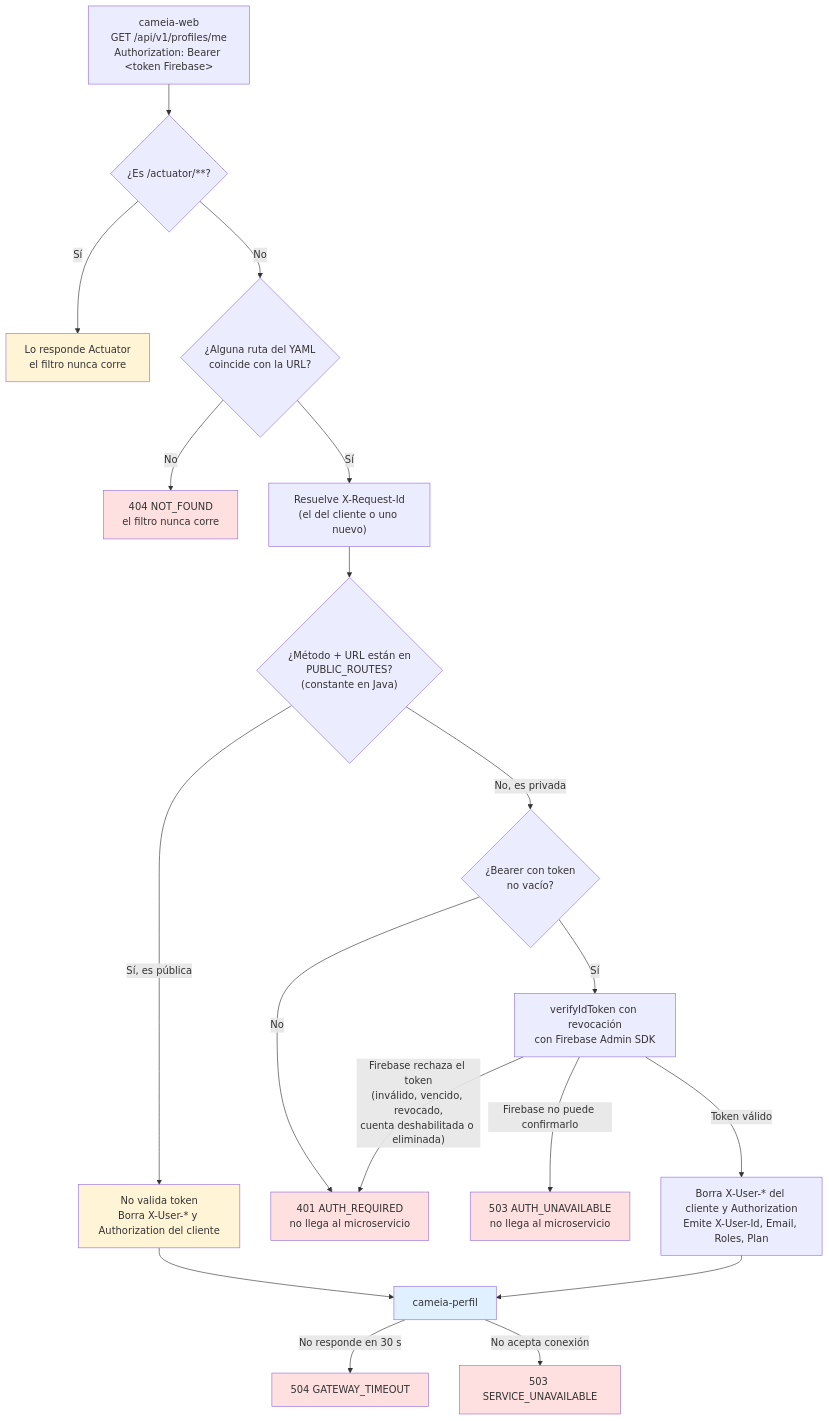
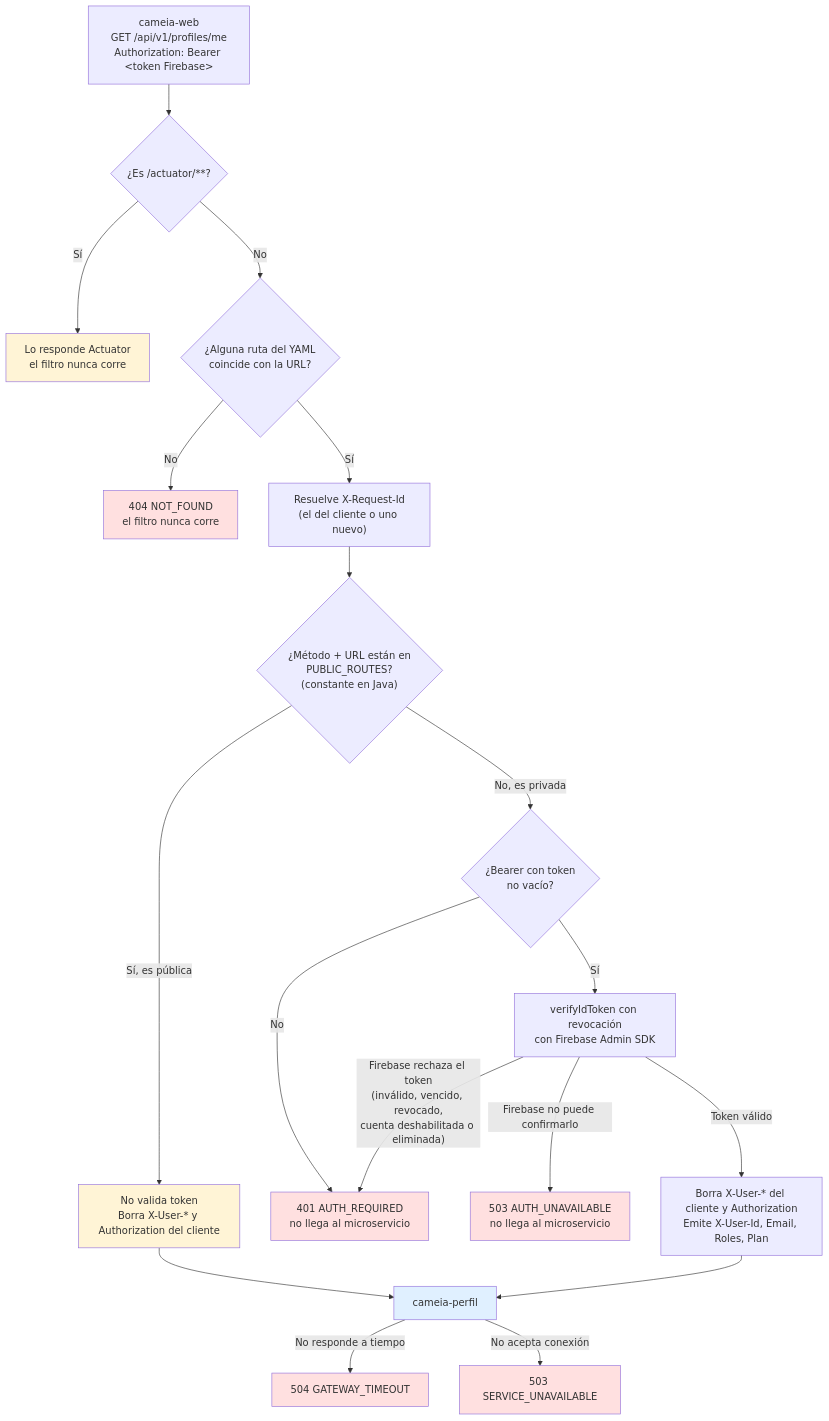
Before and after one commit to Forkthec/cameia-gateway: the first of 5 diagrams in docs/COMO-FUNCIONA.md, drawn with Mermaid. The commit also changed other lines of this file and 16 other files, not shown here.

First line of the commit message:
CM-357 | feat(gateway): tiempo máximo de 120 s para las rutas de la entrevista [IA-ASISTIDO] (#71)

````diff
--- a/docs/COMO-FUNCIONA.md
+++ b/docs/COMO-FUNCIONA.md
@@ -70,32 +70,32 @@
 ```mermaid
 flowchart TD
     A["cameia-web<br/>GET /api/v1/profiles/me<br/>Authorization: Bearer &lt;token Firebase&gt;"] --> ACT{"¿Es /actuator/**?"}
     ACT -->|Sí| ACTR["Lo responde Actuator<br/>el filtro nunca corre"]
     ACT -->|No| B{"¿Alguna ruta del YAML<br/>coincide con la URL?"}
     B -->|No| C["404 NOT_FOUND<br/>el filtro nunca corre"]
     B -->|Sí| RID["Resuelve X-Request-Id<br/>(el del cliente o uno nuevo)"]
     RID --> D{"¿Método + URL están en<br/>PUBLIC_ROUTES?<br/>(constante en Java)"}
 
     D -->|Sí, es pública| E["No valida token<br/>Borra X-User-* y Authorization del cliente"]
     D -->|No, es privada| F{"¿Bearer con token<br/>no vacío?"}
 
     F -->|No| G["401 AUTH_REQUIRED<br/>no llega al microservicio"]
     F -->|Sí| V["verifyIdToken con revocación<br/>con Firebase Admin SDK"]
     V -->|"Firebase rechaza el token<br/>(inválido, vencido, revocado,<br/>cuenta deshabilitada o eliminada)"| G
     V -->|Firebase no puede confirmarlo| W["503 AUTH_UNAVAILABLE<br/>no llega al microservicio"]
     V -->|Token válido| H["Borra X-User-* del cliente y Authorization<br/>Emite X-User-Id, Email, Roles, Plan"]
 
     E --> I["cameia-perfil"]
     H --> I
-    I -->|No responde en 30 s| T["504 GATEWAY_TIMEOUT"]
+    I -->|No responde a tiempo| T["504 GATEWAY_TIMEOUT"]
     I -->|No acepta conexión| U["503 SERVICE_UNAVAILABLE"]
 
     style C fill:#ffe0e0
     style G fill:#ffe0e0
     style W fill:#ffe0e0
     style T fill:#ffe0e0
     style U fill:#ffe0e0
     style E fill:#fff4d6
     style ACTR fill:#fff4d6
     style I fill:#e0f0ff
 ```
````
